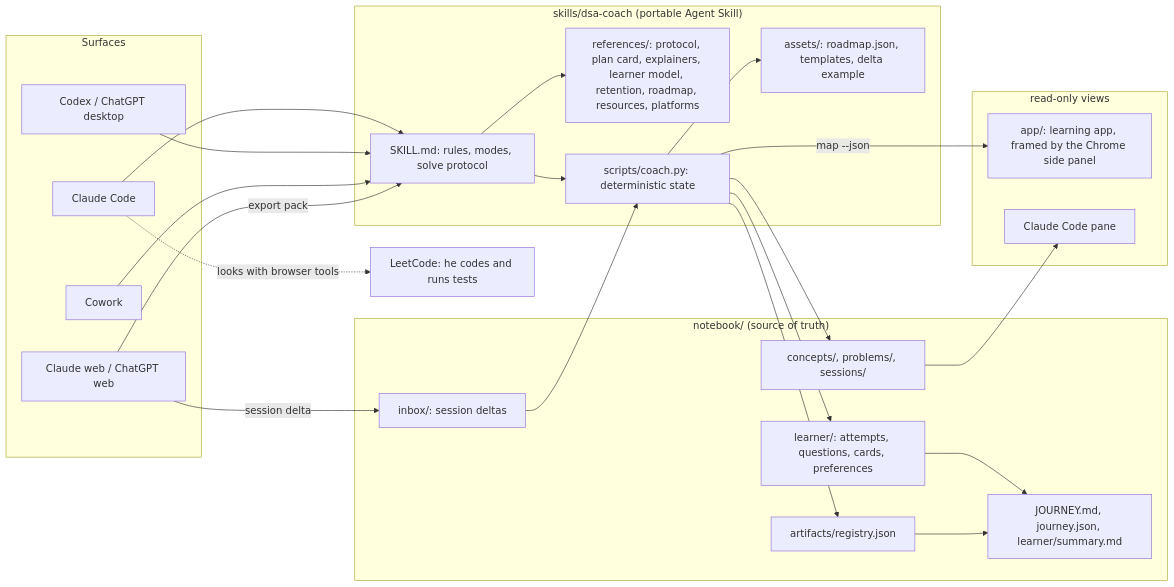
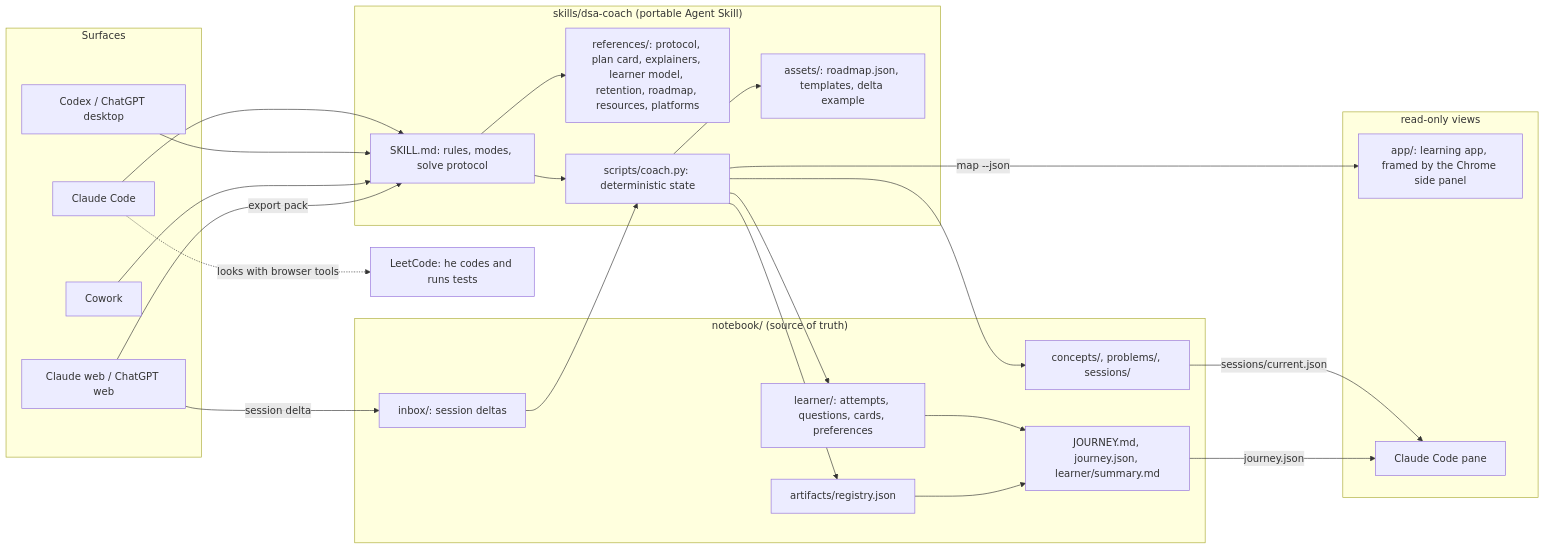
The diagram in ARCHITECTURE.md (HimanshuBhardwaj2398/dsa-coach), drawn with Mermaid before and after one commit. The commit also changed 19 other files, not shown here.

````diff
--- a/ARCHITECTURE.md
+++ b/ARCHITECTURE.md
@@ -12,43 +12,44 @@
 ```mermaid
 flowchart LR
   subgraph Surfaces
     CC[Claude Code]
     CX[Codex / ChatGPT desktop]
     CW[Cowork]
     WEB[Claude web / ChatGPT web]
   end
   subgraph Views["read-only views"]
     APP[app/: learning app, framed by the Chrome side panel]
     PANE[Claude Code pane]
   end
   LC[LeetCode: he codes and runs tests]
   subgraph Skill["skills/dsa-coach (portable Agent Skill)"]
     SK[SKILL.md: rules, modes, solve protocol]
     REF[references/: protocol, plan card, explainers, learner model, retention, roadmap, resources, platforms]
     CLI[scripts/coach.py: deterministic state]
     AS[assets/: roadmap.json, templates, delta example]
   end
   subgraph Notebook["notebook/ (source of truth)"]
     LOG[learner/: attempts, questions, cards, preferences]
     NOTES[concepts/, problems/, sessions/]
     ART[artifacts/registry.json]
     SNAP[JOURNEY.md, journey.json, learner/summary.md]
     INBOX[inbox/: session deltas]
   end
   CC --> SK
   CX --> SK
   CW --> SK
   SK --> REF
   SK --> CLI
   CLI --> AS
   CLI --> LOG
   CLI --> NOTES
   CLI --> ART
   LOG --> SNAP
   ART --> SNAP
   WEB -- "export pack" --> SK
   WEB -- "session delta" --> INBOX --> CLI
   CLI -- "map --json" --> APP
-  NOTES --> PANE
+  NOTES -- "sessions/current.json" --> PANE
+  SNAP -- "journey.json" --> PANE
   CC -. "looks with browser tools" .-> LC
 ```
````
